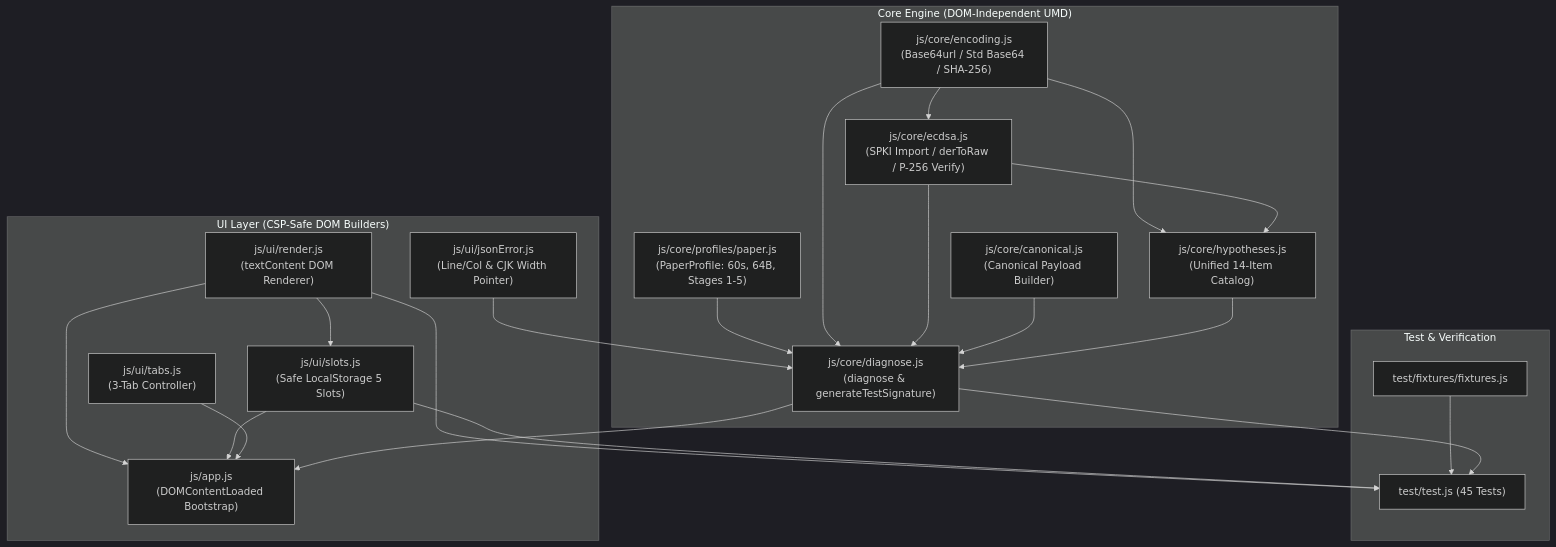
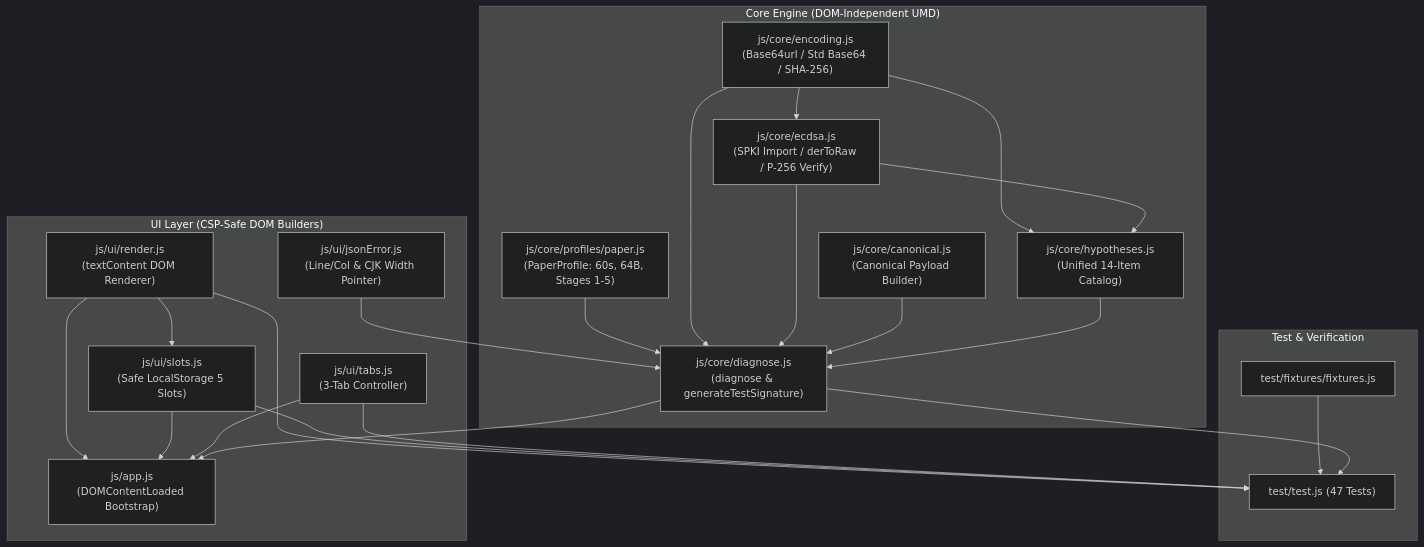
One commit to altdmfk/pop-diagnoser changed the first of 2 diagrams in README.md. Above: the diagram before and after it, drawn with Mermaid (dark theme). The commit also changed other lines of this file and 2 other files, not shown here.

````diff
--- a/README.md
+++ b/README.md
@@ -64,44 +64,45 @@
 ```mermaid
 flowchart TD
     subgraph Browser_or_Node["Core Engine (DOM-Independent UMD)"]
         Profile["js/core/profiles/paper.js<br/>(PaperProfile: 60s, 64B, Stages 1-5)"]
         Encoding["js/core/encoding.js<br/>(Base64url / Std Base64 / SHA-256)"]
         ECDSA["js/core/ecdsa.js<br/>(SPKI Import / derToRaw / P-256 Verify)"]
         Canonical["js/core/canonical.js<br/>(Canonical Payload Builder)"]
         Hypotheses["js/core/hypotheses.js<br/>(Unified 14-Item Catalog)"]
         Diagnose["js/core/diagnose.js<br/>(diagnose & generateTestSignature)"]
 
         Profile --> Diagnose
         Encoding --> ECDSA
         Encoding --> Hypotheses
         ECDSA --> Hypotheses
         Encoding --> Diagnose
         ECDSA --> Diagnose
         Canonical --> Diagnose
         Hypotheses --> Diagnose
     end
 
     subgraph UI_Layer["UI Layer (CSP-Safe DOM Builders)"]
         JsonError["js/ui/jsonError.js<br/>(Line/Col & CJK Width Pointer)"]
         Render["js/ui/render.js<br/>(textContent DOM Renderer)"]
         Slots["js/ui/slots.js<br/>(Safe LocalStorage 5 Slots)"]
         Tabs["js/ui/tabs.js<br/>(3-Tab Controller)"]
         App["js/app.js<br/>(DOMContentLoaded Bootstrap)"]
 
         JsonError --> Diagnose
         Render --> Slots
         Render --> App
         Slots --> App
         Tabs --> App
         Diagnose --> App
     end
 
     subgraph Test_Suite["Test & Verification"]
         Fixtures["test/fixtures/fixtures.js"]
-        TestJS["test/test.js (45 Tests)"]
+        TestJS["test/test.js (47 Tests)"]
         Fixtures --> TestJS
         Diagnose --> TestJS
         Render --> TestJS
         Slots --> TestJS
+        Tabs --> TestJS
     end
 ```
````
